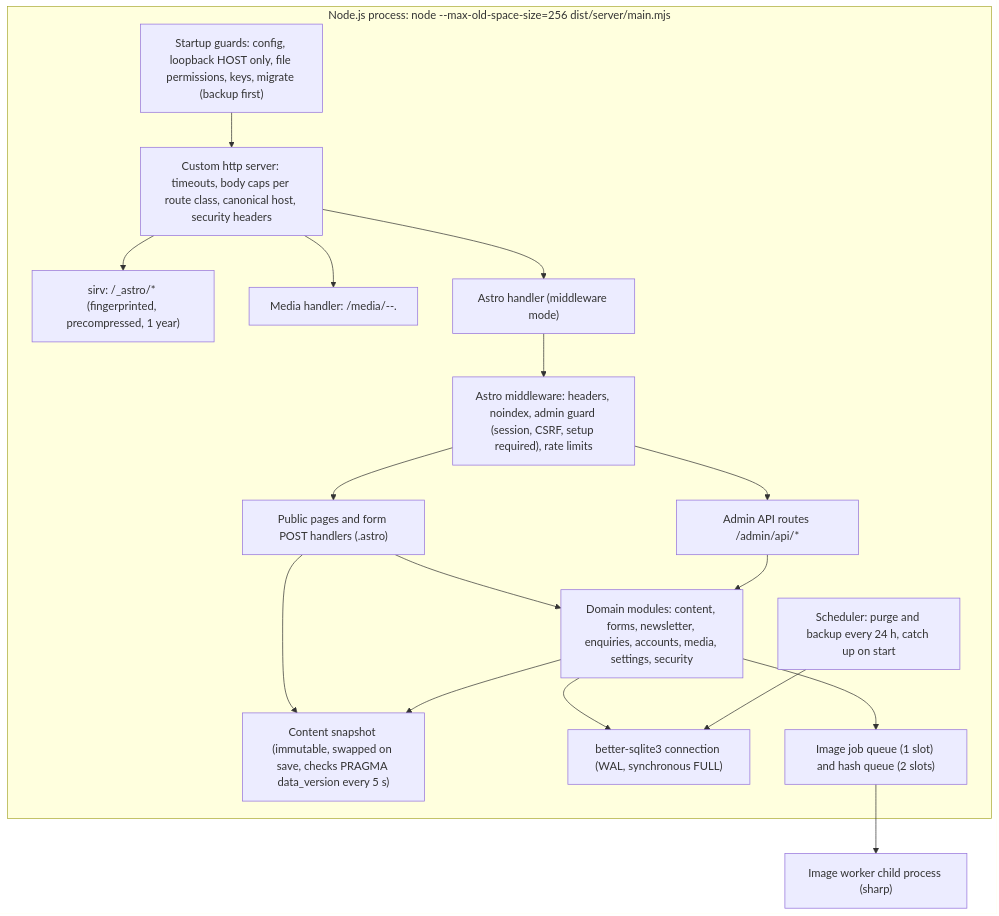
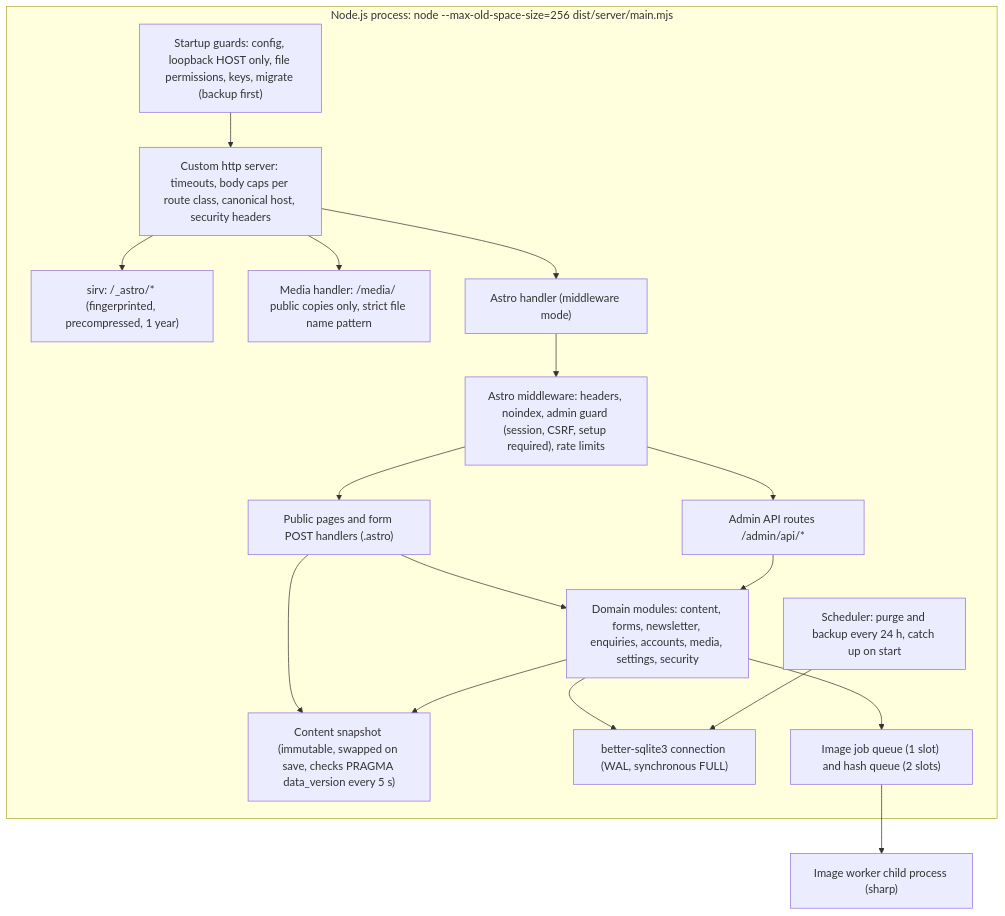
Before and after one commit to smsalama/jazz_casa_del_mar_hub: the second of 2 diagrams in docs/architecture.md, drawn with Mermaid. The commit also changed other lines of this file, not shown here.

Commit message:
Simplify two Mermaid labels in the architecture diagrams
Claude-Session: https://claude.ai/code/session_01DaeK36gfTYX79MEqV2ds6i

````diff
--- a/docs/architecture.md
+++ b/docs/architecture.md
@@ -103,32 +103,32 @@
 ```mermaid
 flowchart TB
   subgraph Process["Node.js process: node --max-old-space-size=256 dist/server/main.mjs"]
     GUARD["Startup guards: config, loopback HOST only, file permissions, keys, migrate (backup first)"]
     HTTP["Custom http server: timeouts, body caps per route class, canonical host, security headers"]
     STATIC["sirv: /_astro/* (fingerprinted, precompressed, 1 year)"]
-    MEDIA["Media handler: /media/<fileKey>-<rev>-<width>.<avif|webp>"]
+    MEDIA["Media handler: /media/ public copies only, strict file name pattern"]
     ASTRO["Astro handler (middleware mode)"]
     MW["Astro middleware: headers, noindex, admin guard (session, CSRF, setup required), rate limits"]
     PAGES["Public pages and form POST handlers (.astro)"]
     API["Admin API routes /admin/api/*"]
     SNAP["Content snapshot (immutable, swapped on save, checks PRAGMA data_version every 5 s)"]
     DOM["Domain modules: content, forms, newsletter, enquiries, accounts, media, settings, security"]
     DB["better-sqlite3 connection (WAL, synchronous FULL)"]
     Q["Image job queue (1 slot) and hash queue (2 slots)"]
     SCHED["Scheduler: purge and backup every 24 h, catch up on start"]
   end
   CHILD["Image worker child process (sharp)"]
   GUARD --> HTTP
   HTTP --> STATIC
   HTTP --> MEDIA
   HTTP --> ASTRO --> MW
   MW --> PAGES
   MW --> API
   PAGES --> SNAP
   PAGES --> DOM
   API --> DOM
   DOM --> DB
   DOM --> SNAP
   DOM --> Q --> CHILD
   SCHED --> DB
 ```
````
